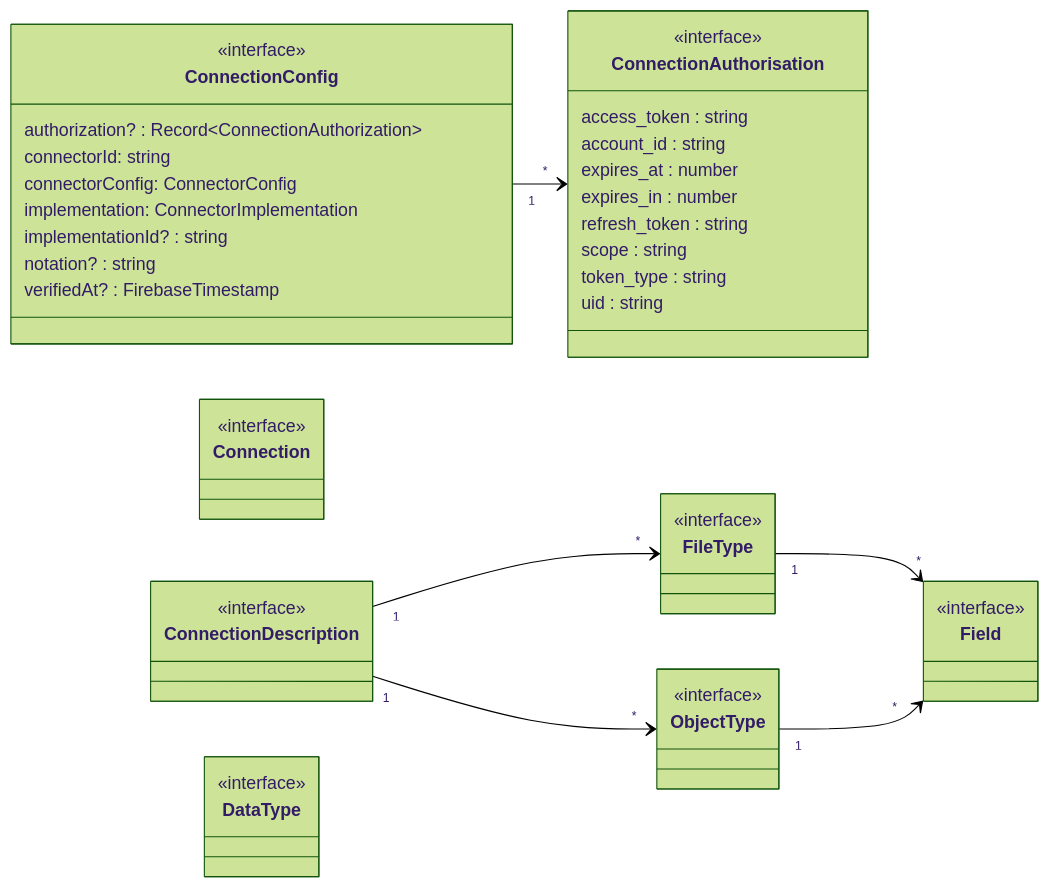
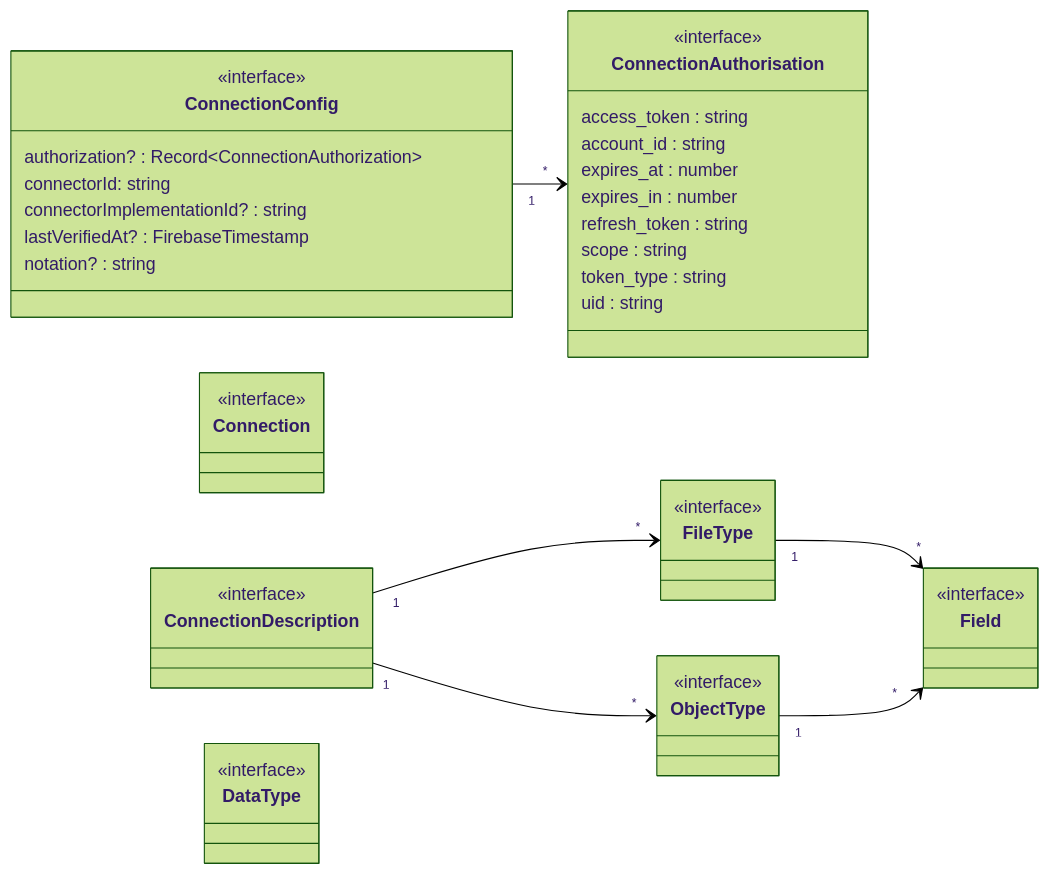
Before and after one commit to data-positioning/datapos-shared: the tenth of 22 diagrams in README.md, drawn with Mermaid (forest theme). The commit also changed other lines of this file and 3 other files, not shown here.

````diff
--- a/README.md
+++ b/README.md
@@ -347,58 +348,56 @@
 ```mermaid
 classDiagram
     direction LR
 
     class ConnectionConfig {
         <<interface>>
         authorization? : Record~ConnectionAuthorization~
         connectorId: string
-        connectorConfig: ConnectorConfig
-        implementation: ConnectorImplementation
-        implementationId? : string
+        connectorImplementationId? : string
+        lastVerifiedAt? : FirebaseTimestamp
         notation? : string
-        verifiedAt? : FirebaseTimestamp
     }
 
     class ConnectionAuthorisation {
         <<interface>>
         access_token : string
         account_id : string
         expires_at : number
         expires_in : number
         refresh_token : string
         scope : string
         token_type : string
         uid : string
     }
 
     ConnectionConfig "1" --> "*" ConnectionAuthorisation
 
     class Connection {
         <<interface>>
     }
 
     class ConnectionDescription {
         <<interface>>
     }
 
     class FileType {
         <<interface>>
     }
 
     class ObjectType {
         <<interface>>
     }
 
     class Field {
         <<interface>>
     }
 
     class DataType {
         <<interface>>
     }
 
     ConnectionDescription "1" --> "*" FileType
     FileType "1" --> "*" Field
     ConnectionDescription "1" --> "*" ObjectType
     ObjectType "1" --> "*" Field
 ```
````
